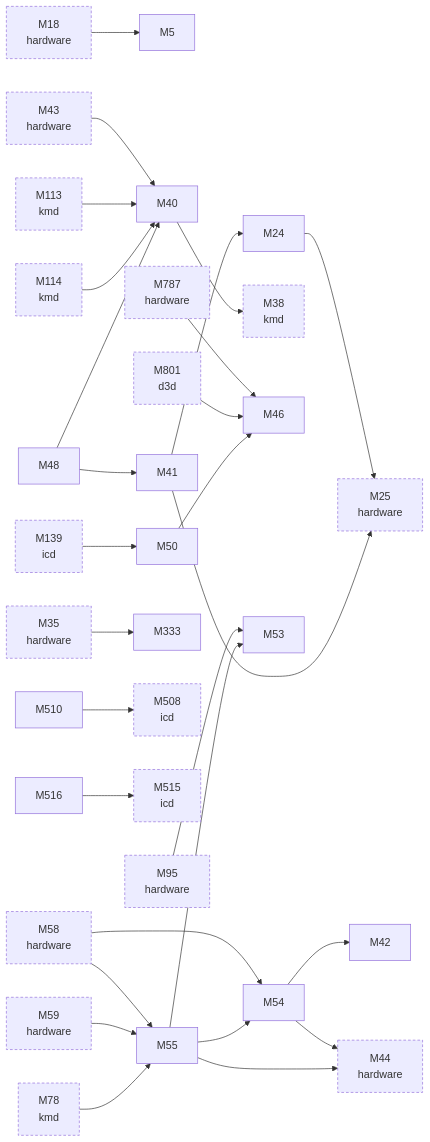
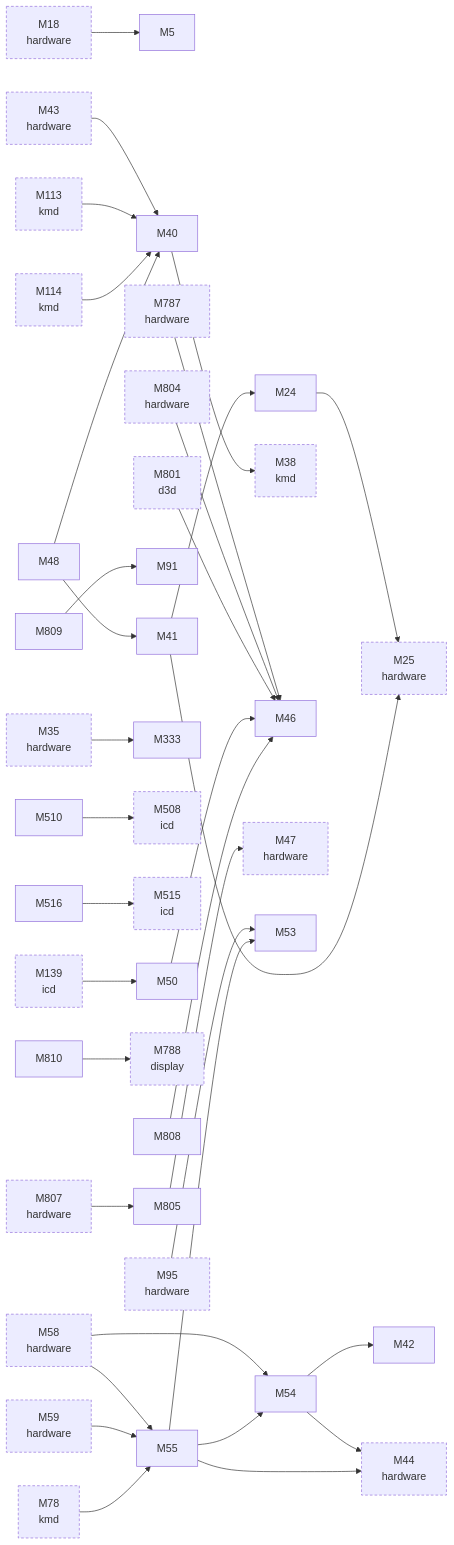
The second of 2 diagrams in docs/facts/graphs/linux.md (D-Ogi/amdgpu-wddm), drawn with Mermaid before and after one commit. The commit also changed other lines of this file and 161 other files, not shown here.

````diff
--- a/docs/facts/graphs/linux.md
+++ b/docs/facts/graphs/linux.md
@@ -35,63 +42,78 @@
 ```mermaid
 flowchart LR
   M5["M5"]
   M18["M18<br/>hardware"]
   M24["M24"]
   M25["M25<br/>hardware"]
   M35["M35<br/>hardware"]
   M38["M38<br/>kmd"]
   M40["M40"]
   M41["M41"]
   M42["M42"]
   M43["M43<br/>hardware"]
   M44["M44<br/>hardware"]
   M46["M46"]
+  M47["M47<br/>hardware"]
   M48["M48"]
   M50["M50"]
   M53["M53"]
   M54["M54"]
   M55["M55"]
   M58["M58<br/>hardware"]
   M59["M59<br/>hardware"]
   M78["M78<br/>kmd"]
+  M91["M91"]
   M95["M95<br/>hardware"]
   M113["M113<br/>kmd"]
   M114["M114<br/>kmd"]
   M139["M139<br/>icd"]
   M333["M333"]
   M508["M508<br/>icd"]
   M510["M510"]
   M515["M515<br/>icd"]
   M516["M516"]
   M787["M787<br/>hardware"]
+  M788["M788<br/>display"]
   M801["M801<br/>d3d"]
+  M804["M804<br/>hardware"]
+  M805["M805"]
+  M807["M807<br/>hardware"]
+  M808["M808"]
+  M809["M809"]
+  M810["M810"]
   M18 --> M5
   M35 --> M333
   M43 --> M40
   M58 --> M54
   M58 --> M55
   M59 --> M55
   M95 --> M53
   M787 --> M46
+  M804 --> M46
+  M807 --> M805
   M78 --> M55
   M113 --> M40
   M114 --> M40
   M139 --> M50
   M801 --> M46
   M24 --> M25
   M40 --> M38
   M41 --> M24
   M41 --> M25
   M48 --> M40
   M48 --> M41
   M50 --> M46
   M54 --> M42
   M54 --> M44
   M55 --> M44
   M55 --> M53
   M55 --> M54
   M510 --> M508
   M516 --> M515
+  M805 --> M47
+  M808 --> M46
+  M809 --> M91
+  M810 --> M788
   classDef other stroke-dasharray:4 3
-  class M18,M25,M35,M38,M43,M44,M58,M59,M78,M95,M113,M114,M139,M508,M515,M787,M801 other
+  class M18,M25,M35,M38,M43,M44,M47,M58,M59,M78,M95,M113,M114,M139,M508,M515,M787,M788,M801,M804,M807 other
 ```
````
